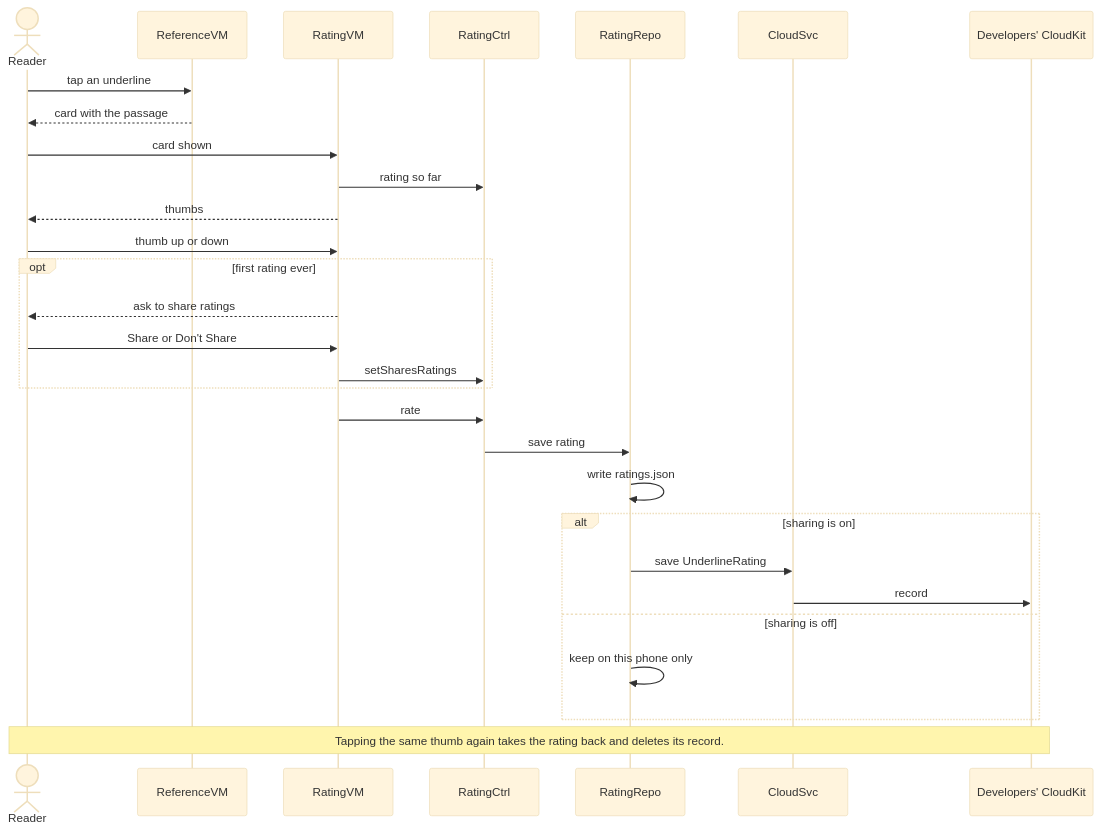
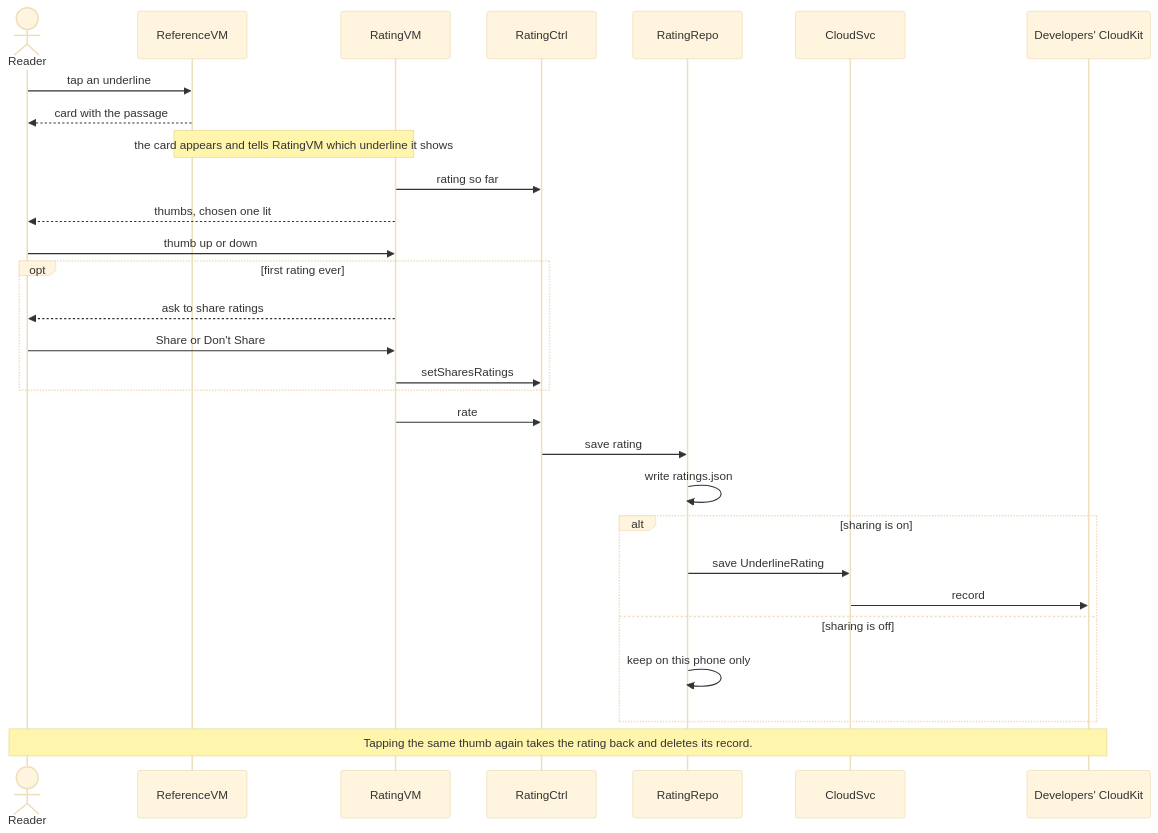
The diagram in docs/diagrams/11-sequence-rate-a-passage.mmd (AftrHours/iRead), drawn with Mermaid (base theme) before and after one commit. The commit also changed 5 other files, not shown here.

```diff
--- a/docs/diagrams/11-sequence-rate-a-passage.mmd
+++ b/docs/diagrams/11-sequence-rate-a-passage.mmd
@@ -1,30 +1,30 @@
 sequenceDiagram
   actor Reader
   participant ReferenceVM
   participant RatingVM
   participant RatingCtrl
   participant RatingRepo
   participant CloudSvc
   participant Public as Developers' CloudKit
 
   Reader->>ReferenceVM: tap an underline
   ReferenceVM-->>Reader: card with the passage
-  Reader->>RatingVM: card shown
+  Note over ReferenceVM,RatingVM: the card appears and tells RatingVM which underline it shows
   RatingVM->>RatingCtrl: rating so far
-  RatingVM-->>Reader: thumbs
+  RatingVM-->>Reader: thumbs, chosen one lit
   Reader->>RatingVM: thumb up or down
   opt first rating ever
     RatingVM-->>Reader: ask to share ratings
     Reader->>RatingVM: Share or Don't Share
     RatingVM->>RatingCtrl: setSharesRatings
   end
   RatingVM->>RatingCtrl: rate
   RatingCtrl->>RatingRepo: save rating
   RatingRepo->>RatingRepo: write ratings.json
   alt sharing is on
     RatingRepo->>CloudSvc: save UnderlineRating
     CloudSvc->>Public: record
   else sharing is off
     RatingRepo->>RatingRepo: keep on this phone only
   end
   Note over Reader,Public: Tapping the same thumb again takes the rating back and deletes its record.
```
